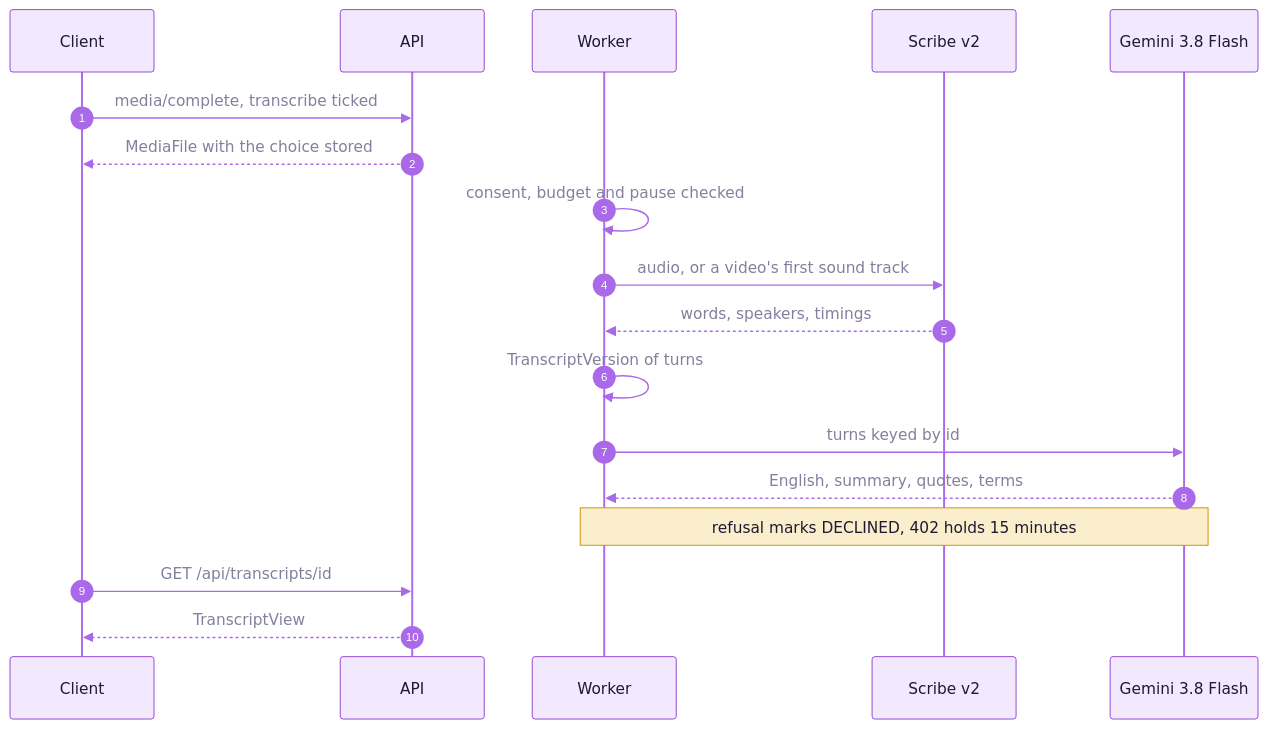
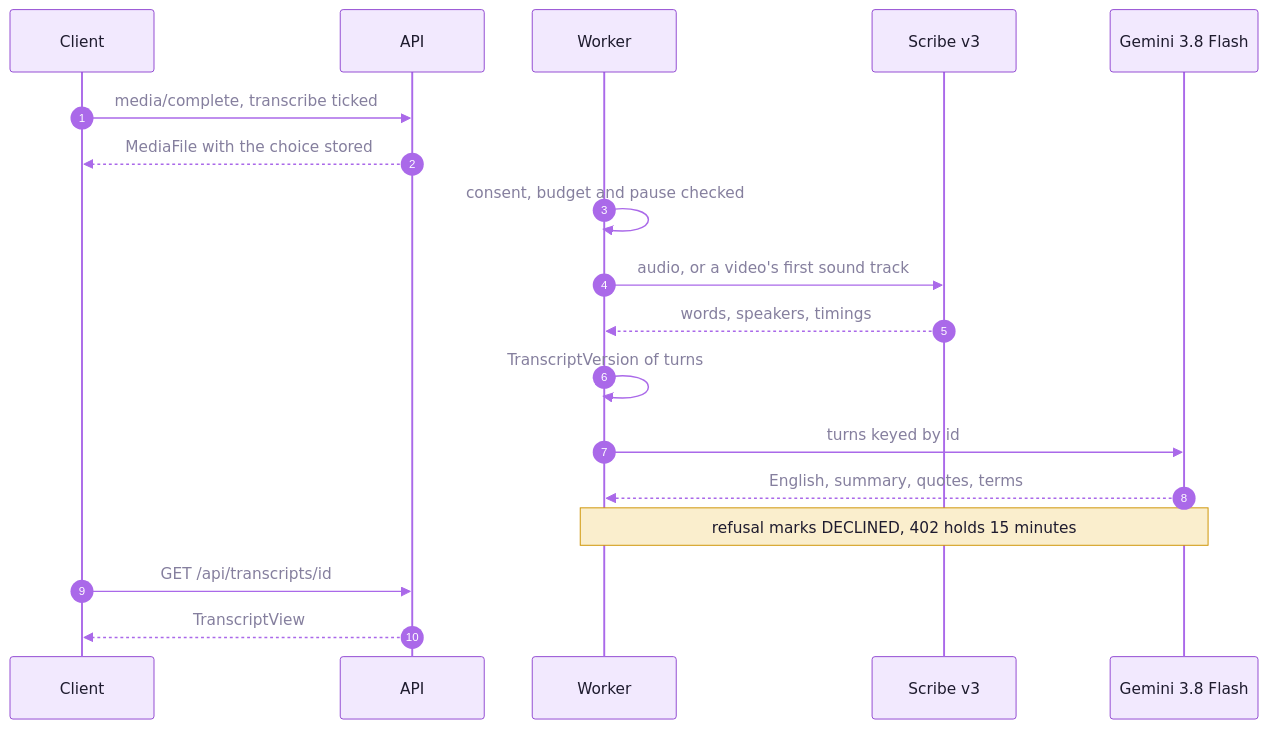
The second of 6 diagrams in README.md (cxacraftecosystem-ui/designer-portal), drawn with Mermaid before and after one commit. The commit also changed other lines of this file and 54 other files, not shown here.

````diff
--- a/README.md
+++ b/README.md
@@ -168,21 +168,21 @@
 ```mermaid
 %%{init: {"theme":"base","fontFamily":"Inter, ui-sans-serif, system-ui, -apple-system, Segoe UI, Roboto, Helvetica, Arial, sans-serif","themeVariables":{"fontSize":"15px","primaryColor":"#F2E9FE","primaryTextColor":"#1E1B2E","primaryBorderColor":"#9148D2","lineColor":"#AA69E9","textColor":"#857F9E","noteBkgColor":"#FAEECD","noteTextColor":"#1E1B2E","noteBorderColor":"#CD9200","actorBkg":"#F2E9FE","actorBorder":"#9148D2","actorTextColor":"#1E1B2E","actorLineColor":"#AA69E9","signalColor":"#AA69E9","signalTextColor":"#857F9E","labelBoxBkgColor":"#F2E9FE","labelBoxBorderColor":"#9148D2","labelTextColor":"#1E1B2E","loopTextColor":"#857F9E","activationBkgColor":"#E7D5FE","activationBorderColor":"#9148D2","sequenceNumberColor":"#FFFFFF"}}}%%
 sequenceDiagram
   autonumber
   participant C as Client
   participant API
   participant W as Worker
-  participant S as Scribe v2
+  participant S as Scribe v3
   participant G as Gemini 3.8 Flash
   C->>API: media/complete, transcribe ticked
   API-->>C: MediaFile with the choice stored
   W->>W: consent, budget and pause checked
   W->>S: audio, or a video's first sound track
   S-->>W: words, speakers, timings
   W->>W: TranscriptVersion of turns
   W->>G: turns keyed by id
   G-->>W: English, summary, quotes, terms
   Note over W,G: refusal marks DECLINED, 402 holds 15 minutes
   C->>API: GET /api/transcripts/id
   API-->>C: TranscriptView
 ```
````
